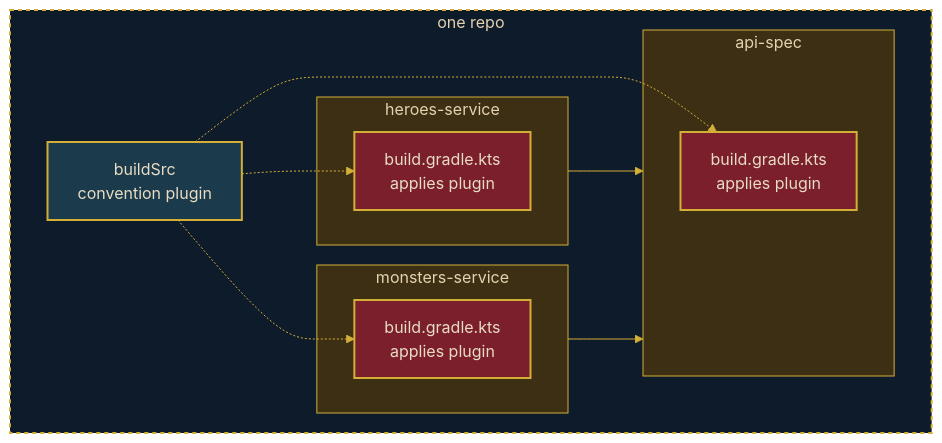
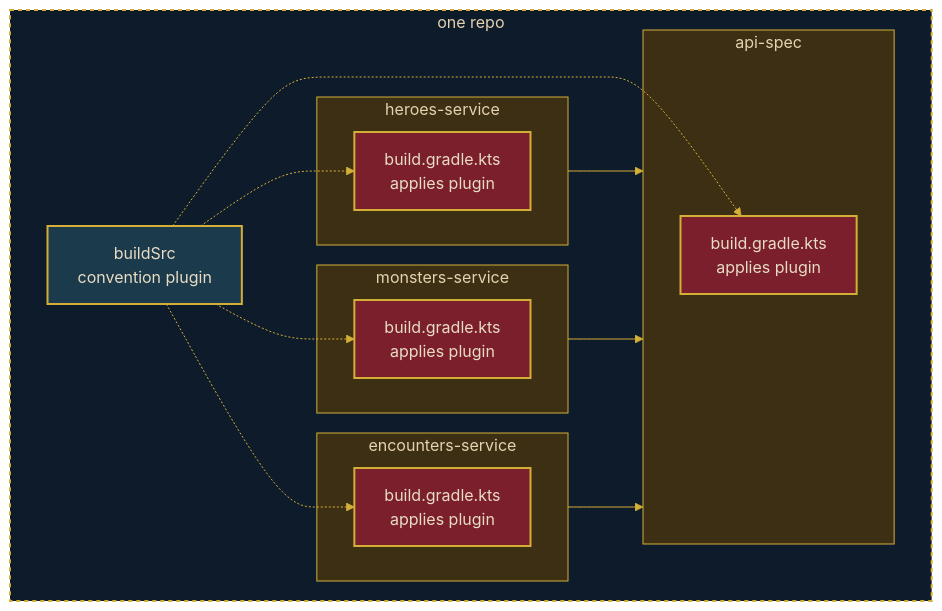
Before and after one commit to Marthijs-Berfelo/the-gradle-odyssey: the diagram in slides/pages/03-cyclops-cave.md, drawn with Mermaid. The commit also changed other lines of this file and 4 other files, not shown here.

````diff
--- a/slides/pages/03-cyclops-cave.md
+++ b/slides/pages/03-cyclops-cave.md
@@ -43,35 +43,41 @@
 ```mermaid {scale: 0.85}
 %%{init: {'theme': 'base', 'themeVariables': {
   'primaryColor': '#3d2f14',
   'primaryTextColor': '#e8dcc4',
   'primaryBorderColor': '#d4af37',
   'lineColor': '#d4af37',
   'edgeLabelBackground': '#0d1b2a',
   'fontFamily': 'Georgia, serif'
 }}}%%
 flowchart LR
     subgraph repo["one repo"]
         direction LR
         subgraph h["heroes-service"]
             hb["build.gradle.kts<br/>applies plugin"]:::config
         end
         subgraph m["monsters-service"]
             mb["build.gradle.kts<br/>applies plugin"]:::config
         end
+        subgraph e["encounters-service"]
+            eb["build.gradle.kts<br/>applies plugin"]:::config
+        end
         subgraph a["api-spec"]
             ab["build.gradle.kts<br/>applies plugin"]:::config
         end
         plugin["buildSrc<br/>convention plugin"]:::plugin
         plugin -.-> hb
         plugin -.-> mb
+        plugin -.-> eb
         plugin -.-> ab
         h --> a
         m --> a
+        e --> a
     end
     style repo fill:#0d1b2a,stroke:#d4af37,stroke-width:2px,stroke-dasharray:4 4
     style h fill:#3d2f14,stroke:#d4af37,stroke-width:1px
     style m fill:#3d2f14,stroke:#d4af37,stroke-width:1px
+    style e fill:#3d2f14,stroke:#d4af37,stroke-width:1px
     style a fill:#3d2f14,stroke:#d4af37,stroke-width:1px
     classDef config fill:#7a1f2b,stroke:#d4af37,stroke-width:2px,color:#e8dcc4
     classDef plugin fill:#1b3a4b,stroke:#d4af37,stroke-width:2px,color:#e8dcc4
 ```
````
